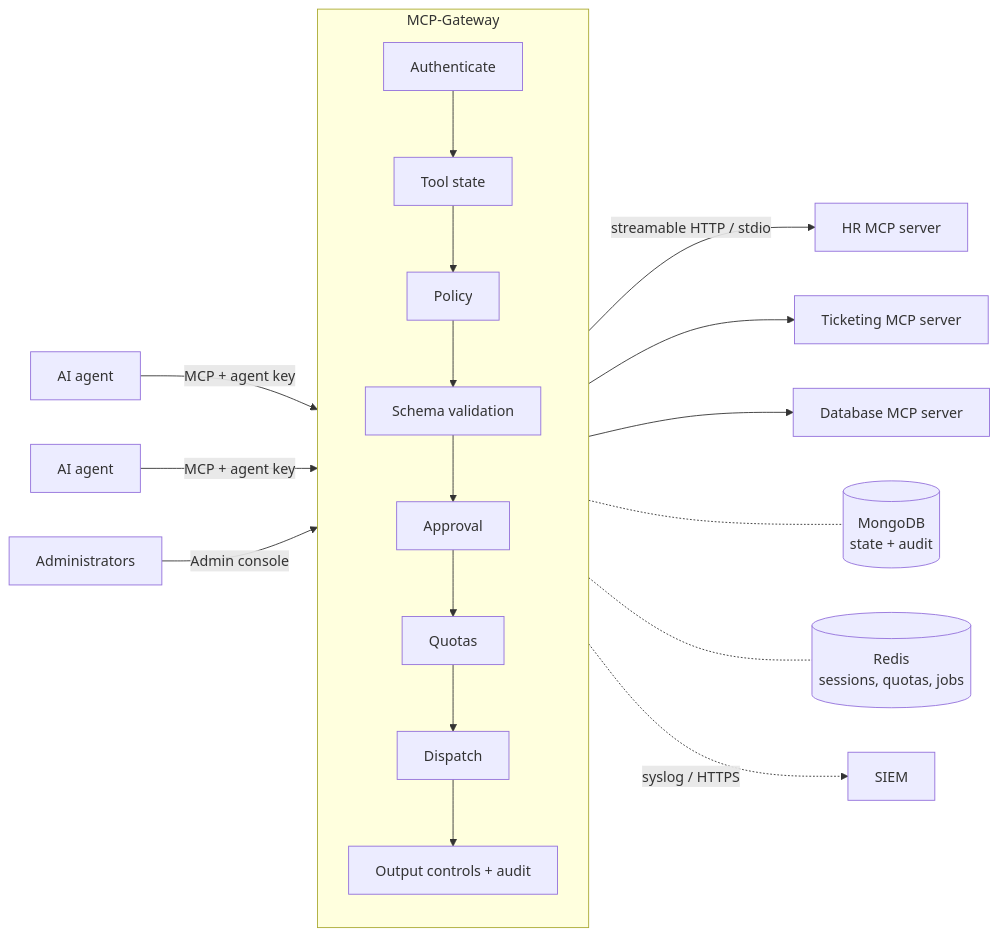
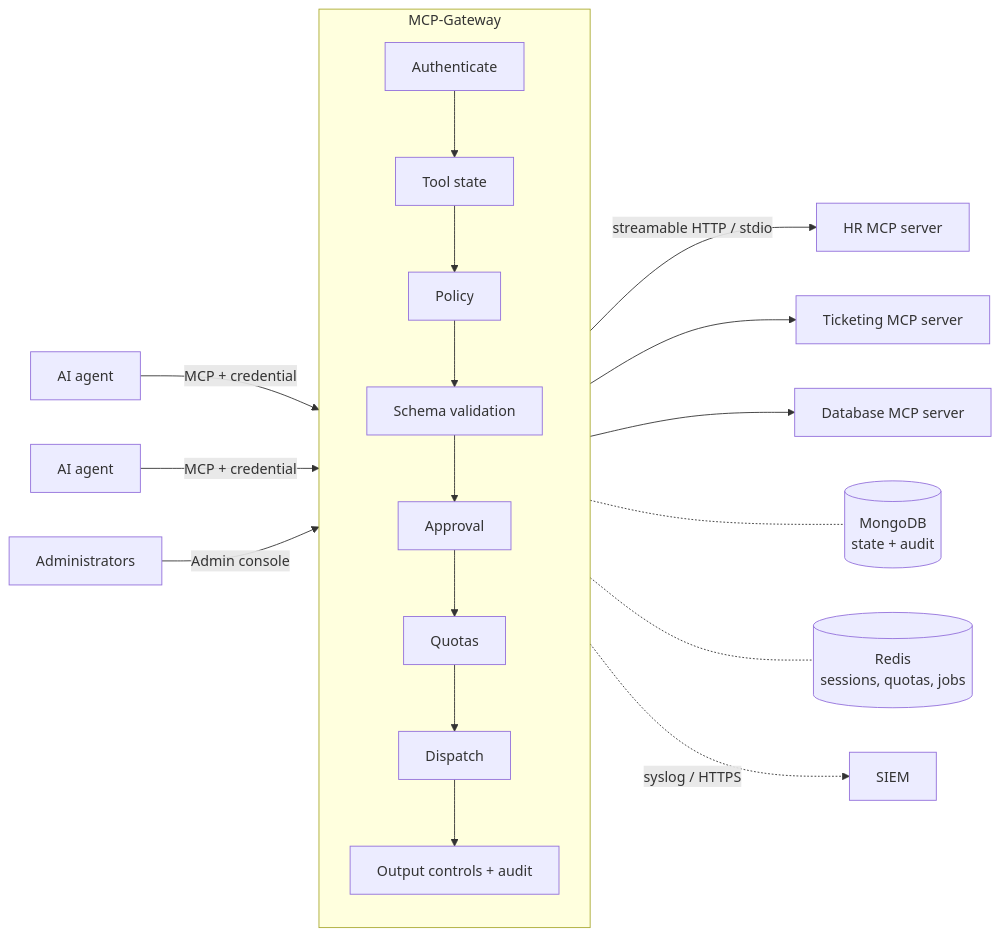
Before and after one commit to mkamranr/mcp-gateway: the diagram in README.md, drawn with Mermaid. The commit also changed other lines of this file, not shown here.

````diff
--- a/README.md
+++ b/README.md
@@ -105,17 +92,17 @@
 ```mermaid
 flowchart LR
-    A1[AI agent] -- "MCP + agent key" --> GW
-    A2[AI agent] -- "MCP + agent key" --> GW
+    A1[AI agent] -- "MCP + credential" --> GW
+    A2[AI agent] -- "MCP + credential" --> GW
     U[Administrators] -- "Admin console" --> GW
     subgraph GW [MCP-Gateway]
         direction TB
         P1[Authenticate] --> P2[Tool state] --> P3[Policy] --> P4[Schema validation]
         P4 --> P5[Approval] --> P6[Quotas] --> P7[Dispatch] --> P8[Output controls + audit]
     end
     GW -- "streamable HTTP / stdio" --> S1[HR MCP server]
     GW --> S2[Ticketing MCP server]
     GW --> S3[Database MCP server]
     GW -.- DB[(MongoDB<br>state + audit)]
     GW -.- R[(Redis<br>sessions, quotas, jobs)]
     GW -. "syslog / HTTPS" .-> SIEM[SIEM]
 ```
````
